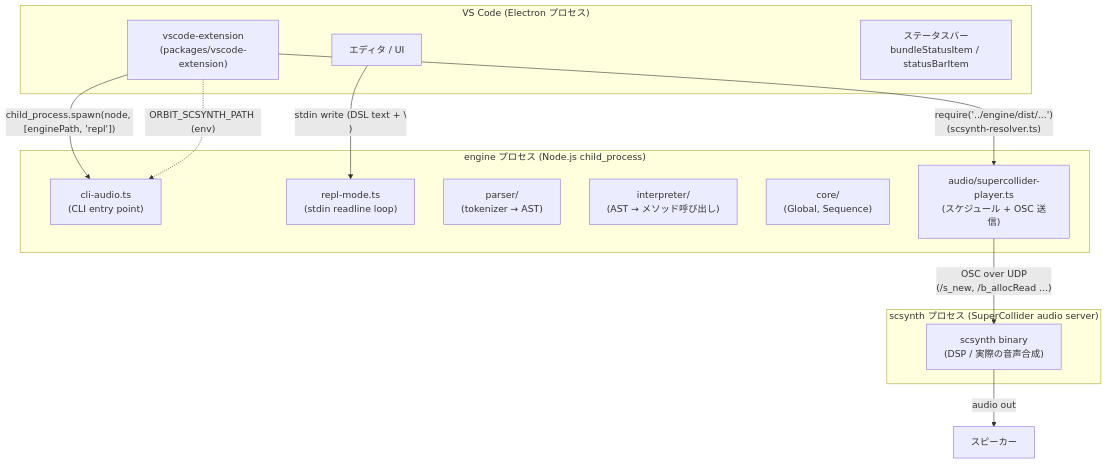
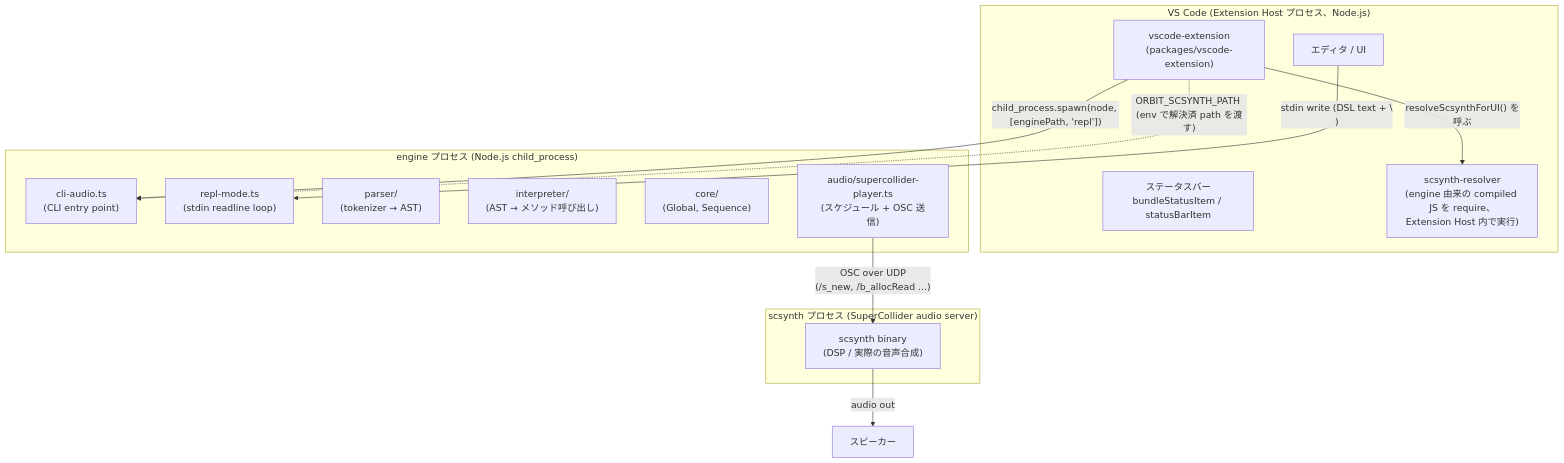
The first of 2 diagrams in sites/dev/orientation/architecture-overview.md (signalcompose/orbitscore), drawn with Mermaid before and after one commit. The commit also changed other lines of this file and 1 other file, not shown here.

First paragraph of the commit message:
fix(sites): apply claude-review feedback on SoT-fix commit (PR #163)
claude-review on e096b0d で flag された Minor 2 件を本 PR で対処。
reviewer は #1 を 「Phase B 開始前に強く推奨」 と明記。

````diff
--- a/sites/dev/orientation/architecture-overview.md
+++ b/sites/dev/orientation/architecture-overview.md
@@ -21,29 +21,30 @@
 ```mermaid
 graph TD
-  subgraph "VS Code (Electron プロセス)"
+  subgraph "VS Code (Extension Host プロセス、Node.js)"
     EXT["vscode-extension\n(packages/vscode-extension)"]
     EDITOR["エディタ / UI"]
     STATUSBAR["ステータスバー\nbundleStatusItem / statusBarItem"]
+    RESOLVER["scsynth-resolver\n(engine 由来の compiled JS を require、\nExtension Host 内で実行)"]
   end
 
   subgraph "engine プロセス (Node.js child_process)"
     CLI["cli-audio.ts\n(CLI entry point)"]
     REPL["repl-mode.ts\n(stdin readline loop)"]
     PARSER["parser/\n(tokenizer → AST)"]
     INTERP["interpreter/\n(AST → メソッド呼び出し)"]
     CORE["core/\n(Global, Sequence)"]
     AUDIO["audio/supercollider-player.ts\n(スケジュール + OSC 送信)"]
   end
 
   subgraph "scsynth プロセス (SuperCollider audio server)"
     SCSYNTH["scsynth binary\n(DSP / 実際の音声合成)"]
   end
 
   EDITOR -->|"stdin write (DSL text + \\n)"| REPL
   EXT -->|"child_process.spawn(node, [enginePath, 'repl'])"| CLI
   AUDIO -->|"OSC over UDP\n(/s_new, /b_allocRead ...)"| SCSYNTH
   SCSYNTH -->|"audio out"| DAC["スピーカー"]
 
-  EXT -->|"require('../engine/dist/...')\n(scsynth-resolver.ts)"| AUDIO
-  EXT -.->|"ORBIT_SCSYNTH_PATH (env)"| CLI
+  EXT -->|"resolveScsynthForUI() を呼ぶ"| RESOLVER
+  EXT -.->|"ORBIT_SCSYNTH_PATH (env で解決済 path を渡す)"| CLI
 ```
````
